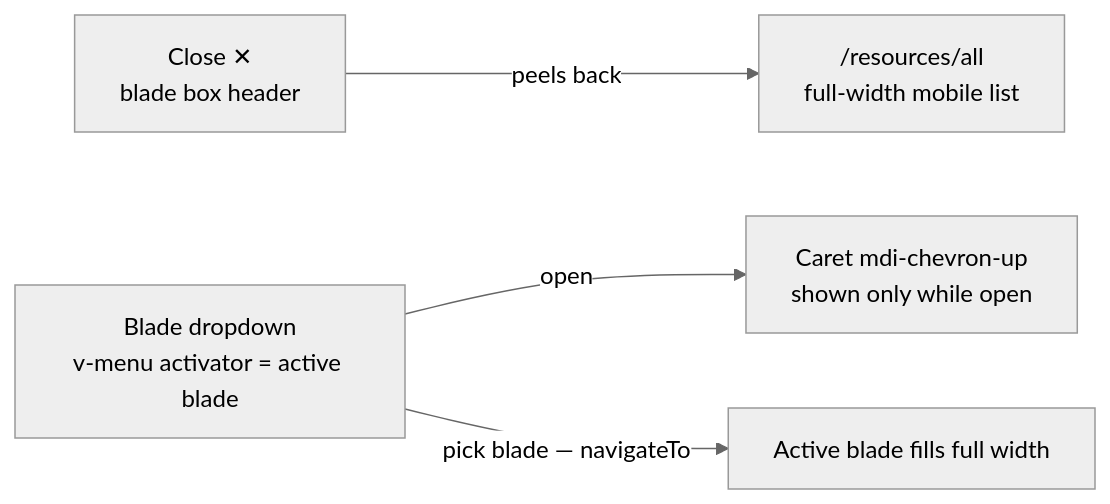
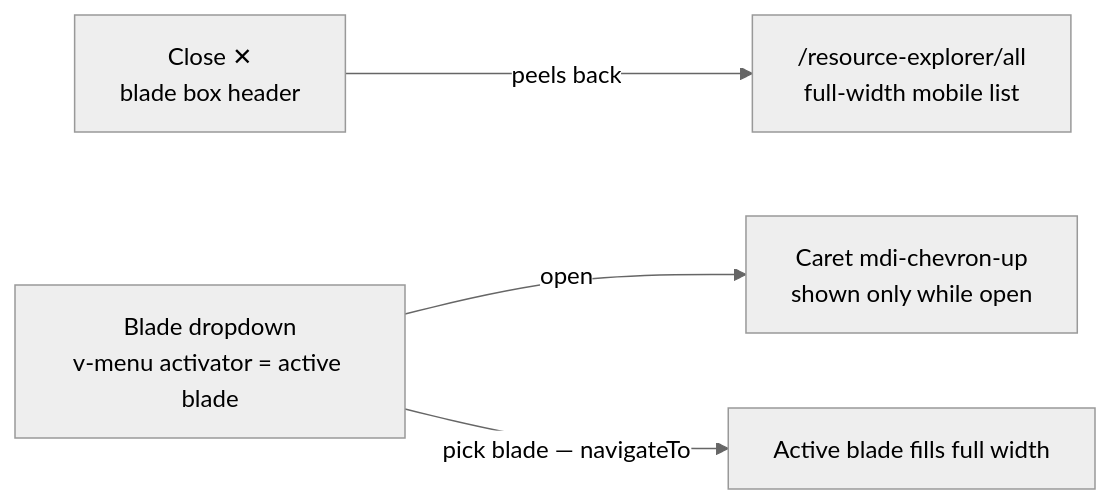
The second of 3 diagrams in packages/app/content/docs/platform/resource-explorer.md (Esposter/Esposter), drawn with Mermaid (neutral theme) before and after one commit. The commit also changed other lines of this file and 63 other files, not shown here.

````diff
--- a/packages/app/content/docs/platform/resource-explorer.md
+++ b/packages/app/content/docs/platform/resource-explorer.md
@@ -104,6 +105,6 @@
 ```mermaid
 flowchart LR
-  CLOSE["Close ✕<br/>blade box header"] -->|peels back| ALL["/resources/all<br/>full-width mobile list"]
+  CLOSE["Close ✕<br/>blade box header"] -->|peels back| ALL["/resource-explorer/all<br/>full-width mobile list"]
   BNAV["Blade dropdown<br/>v-menu activator = active blade"] -->|open| CARET["Caret mdi-chevron-up<br/>shown only while open"]
   BNAV -->|pick blade — navigateTo| BLADE["Active blade fills full width"]
 ```
````
